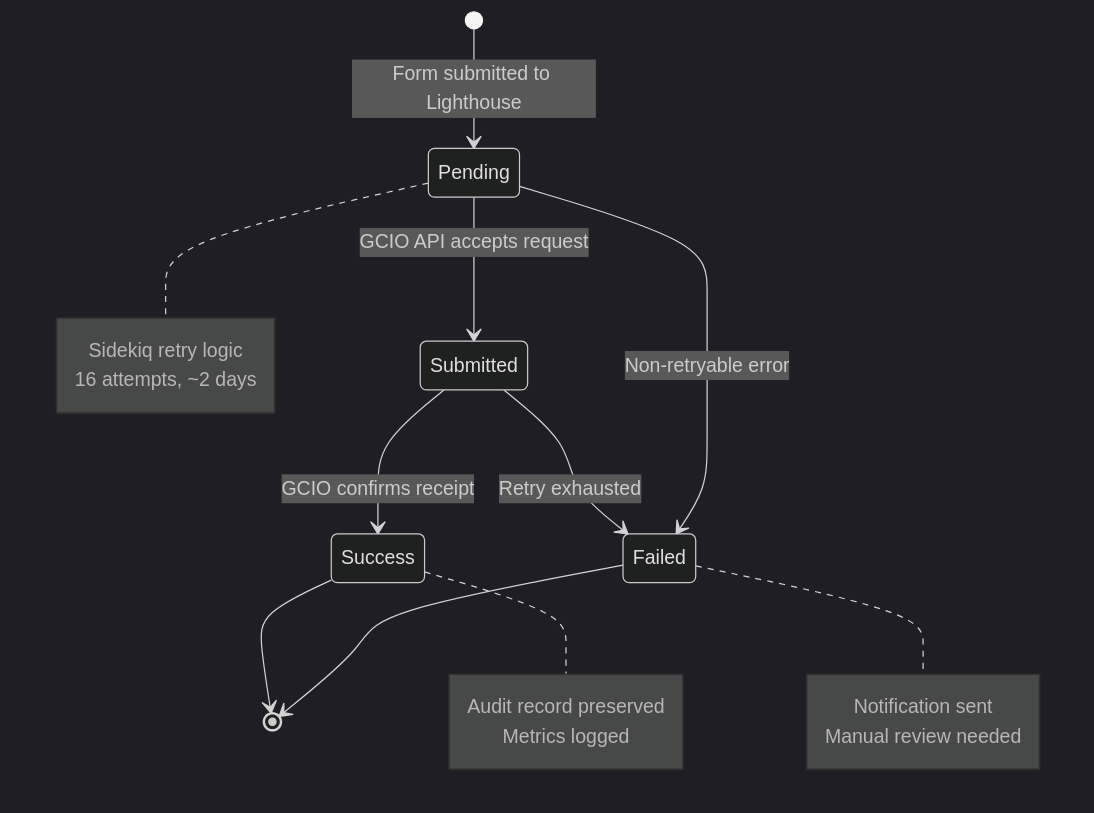
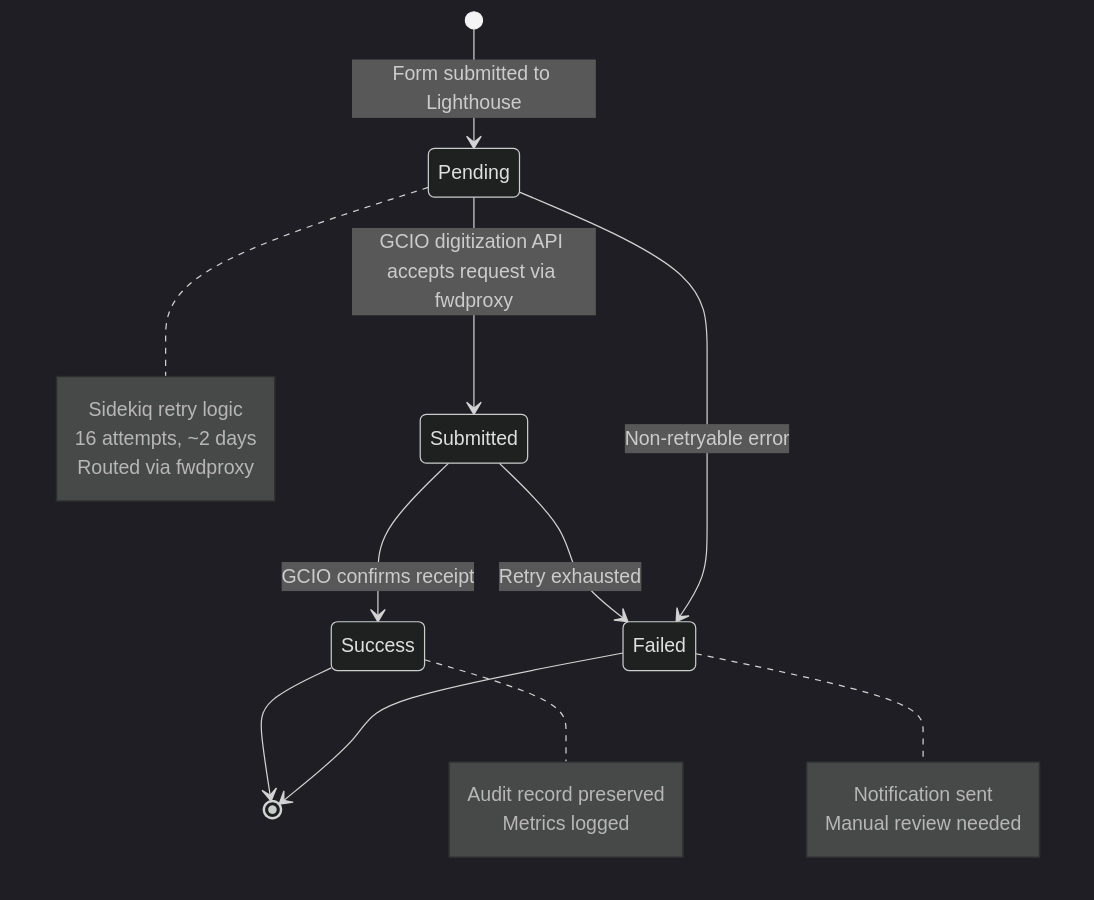
One commit to department-of-veterans-affairs/vets-api changed the second of 2 diagrams in docs/architecture/gcio-integration/README.md. Above: the diagram before and after it, drawn with Mermaid (dark theme). The commit also changed other lines of this file and 4 other files, not shown here.

````diff
--- a/docs/architecture/gcio-integration/README.md
+++ b/docs/architecture/gcio-integration/README.md
@@ -171,25 +198,26 @@
 ```mermaid
 stateDiagram-v2
     [*] --> Pending: Form submitted to Lighthouse
-    Pending --> Submitted: GCIO API accepts request
+    Pending --> Submitted: GCIO digitization API accepts request via fwdproxy
     Submitted --> Success: GCIO confirms receipt
     Pending --> Failed: Non-retryable error
     Submitted --> Failed: Retry exhausted
     Failed --> [*]
     Success --> [*]
     
     note right of Pending
         Sidekiq retry logic
         16 attempts, ~2 days
+        Routed via fwdproxy
     end note
     
     note right of Success
         Audit record preserved
         Metrics logged
     end note
     
     note right of Failed
         Notification sent
         Manual review needed
     end note
 ```
````
